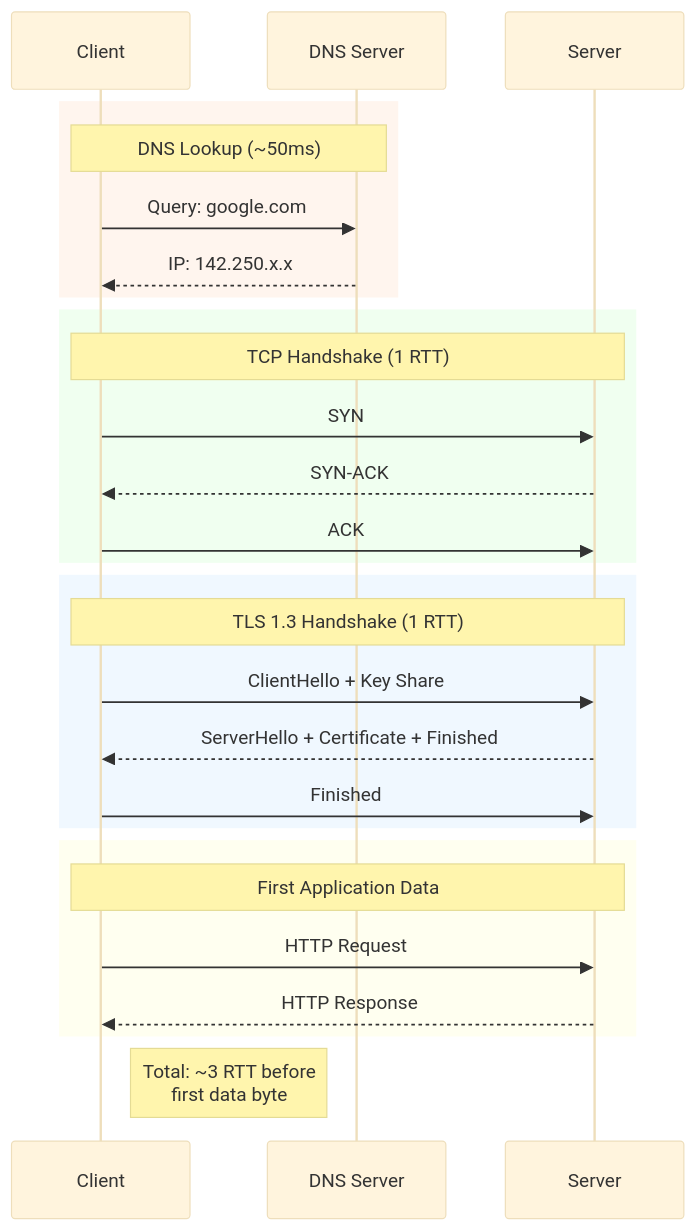
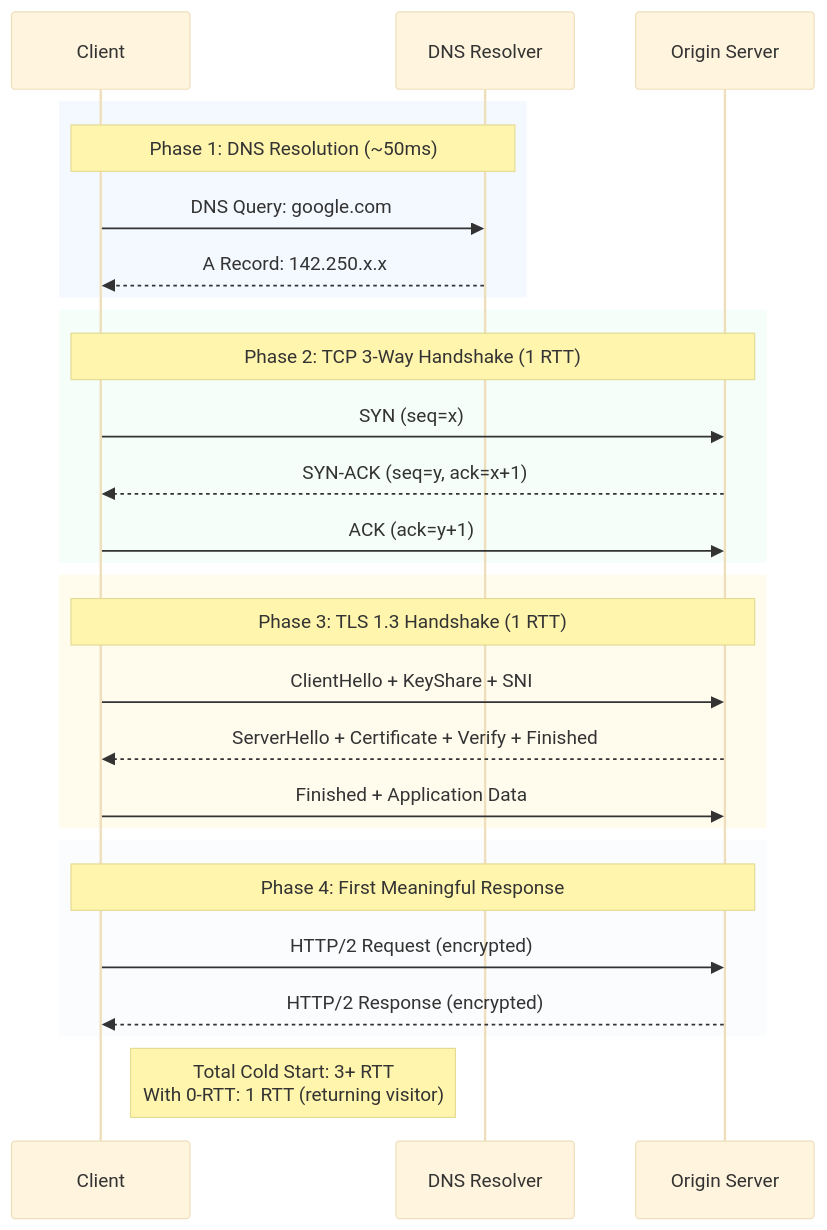
The first of 2 diagrams in gemini-responses/latency-physics-20260120-1301.md (udaytamma/Cyrus), drawn with Mermaid (base theme) before and after one commit. The commit also changed other lines of this file and 28 other files, not shown here.

First line of the commit message:
Upgrade Knowledge Base Mermaid diagrams to professional styling

````diff
--- a/gemini-responses/latency-physics-20260120-1301.md
+++ b/gemini-responses/latency-physics-20260120-1301.md
@@ -60,34 +60,34 @@
 ```mermaid
 sequenceDiagram
-    participant Client
-    participant DNS as DNS Server
-    participant Server
+    participant C as Client
+    participant D as DNS Resolver
+    participant S as Origin Server
 
-    rect rgb(255, 245, 238)
-        Note over Client,DNS: DNS Lookup (~50ms)
-        Client->>DNS: Query: google.com
-        DNS-->>Client: IP: 142.250.x.x
+    rect rgba(219,234,254,0.3)
+        Note over C,D: Phase 1: DNS Resolution (~50ms)
+        C->>D: DNS Query: google.com
+        D-->>C: A Record: 142.250.x.x
     end
 
-    rect rgb(240, 255, 240)
-        Note over Client,Server: TCP Handshake (1 RTT)
-        Client->>Server: SYN
-        Server-->>Client: SYN-ACK
-        Client->>Server: ACK
+    rect rgba(220,252,231,0.3)
+        Note over C,S: Phase 2: TCP 3-Way Handshake (1 RTT)
+        C->>S: SYN (seq=x)
+        S-->>C: SYN-ACK (seq=y, ack=x+1)
+        C->>S: ACK (ack=y+1)
     end
 
-    rect rgb(240, 248, 255)
-        Note over Client,Server: TLS 1.3 Handshake (1 RTT)
-        Client->>Server: ClientHello + Key Share
-        Server-->>Client: ServerHello + Certificate + Finished
-        Client->>Server: Finished
+    rect rgba(254,243,199,0.3)
+        Note over C,S: Phase 3: TLS 1.3 Handshake (1 RTT)
+        C->>S: ClientHello + KeyShare + SNI
+        S-->>C: ServerHello + Certificate + Verify + Finished
+        C->>S: Finished + Application Data
     end
 
-    rect rgb(255, 255, 240)
-        Note over Client,Server: First Application Data
-        Client->>Server: HTTP Request
-        Server-->>Client: HTTP Response
+    rect rgba(241,245,249,0.3)
+        Note over C,S: Phase 4: First Meaningful Response
+        C->>S: HTTP/2 Request (encrypted)
+        S-->>C: HTTP/2 Response (encrypted)
     end
 
-    Note right of Client: Total: ~3 RTT before<br/>first data byte
+    Note right of C: Total Cold Start: 3+ RTT<br/>With 0-RTT: 1 RTT (returning visitor)
 ```
````
